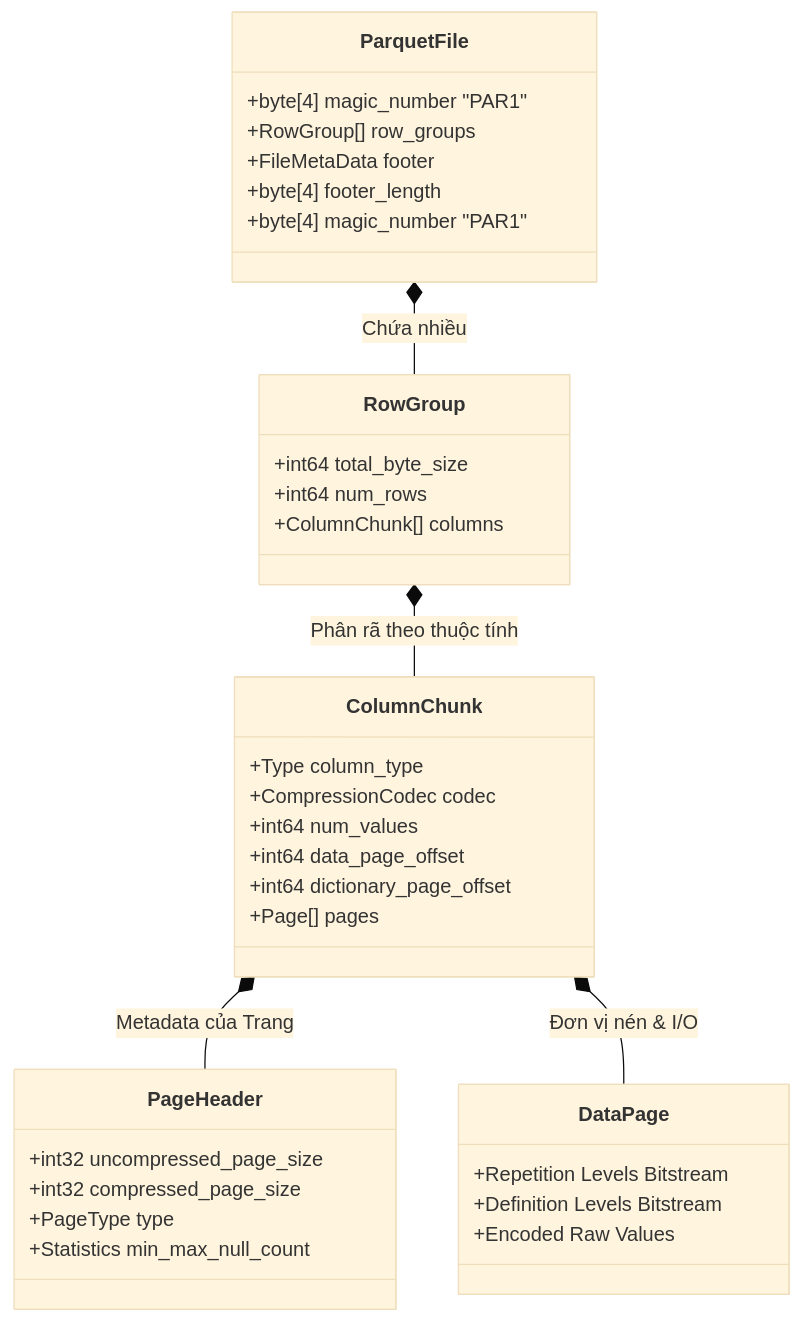
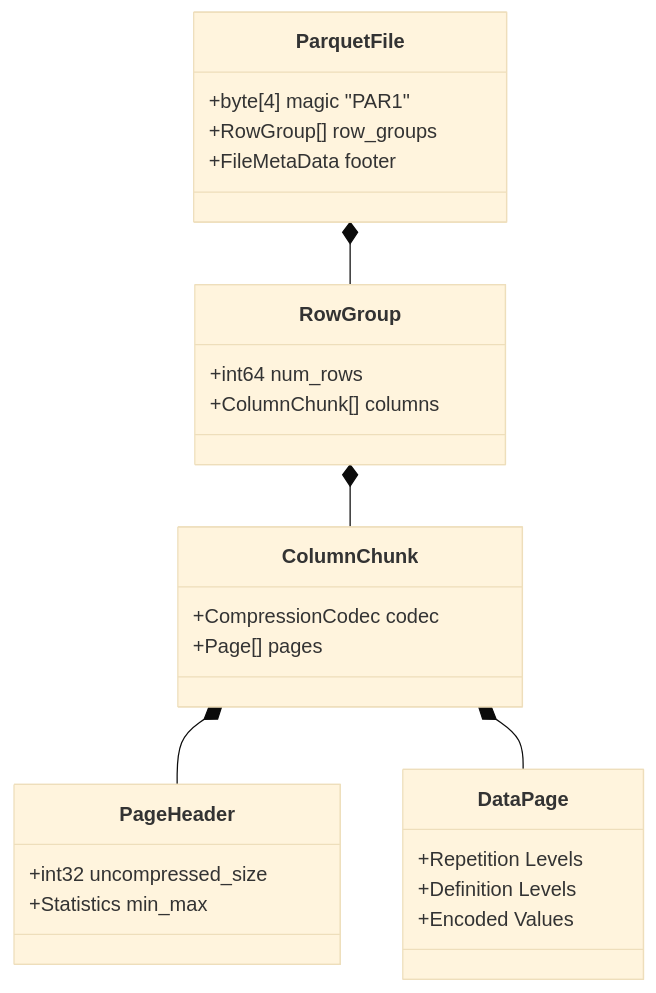
One commit to caubebinhan/landingpage changed the diagram in blogs/part-1/06-column-oriented-storage-parquet-clickhouse.md. Above: the diagram before and after it, drawn with Mermaid (base theme). The commit also changed other lines of this file and 6563 other files, not shown here.

````diff
--- a/blogs/part-1/06-column-oriented-storage-parquet-clickhouse.md
+++ b/blogs/part-1/06-column-oriented-storage-parquet-clickhouse.md
@@ -9,38 +91,29 @@
 ```mermaid
 classDiagram
     class ParquetFile {
-        +byte[4] magic_number "PAR1"
+        +byte[4] magic "PAR1"
         +RowGroup[] row_groups
         +FileMetaData footer
-        +byte[4] footer_length
-        +byte[4] magic_number "PAR1"
     }
     class RowGroup {
-        +int64 total_byte_size
         +int64 num_rows
         +ColumnChunk[] columns
     }
     class ColumnChunk {
-        +Type column_type
         +CompressionCodec codec
-        +int64 num_values
-        +int64 data_page_offset
-        +int64 dictionary_page_offset
         +Page[] pages
     }
     class PageHeader {
-        +int32 uncompressed_page_size
-        +int32 compressed_page_size
-        +PageType type
-        +Statistics min_max_null_count
+        +int32 uncompressed_size
+        +Statistics min_max
     }
     class DataPage {
-        +Repetition Levels Bitstream
-        +Definition Levels Bitstream
-        +Encoded Raw Values
+        +Repetition Levels
+        +Definition Levels
+        +Encoded Values
     }
-    ParquetFile *-- RowGroup : Chứa nhiều
-    RowGroup *-- ColumnChunk : Phân rã theo thuộc tính
-    ColumnChunk *-- PageHeader : Metadata của Trang
-    ColumnChunk *-- DataPage : Đơn vị nén & I/O
+    ParquetFile *-- RowGroup
+    RowGroup *-- ColumnChunk
+    ColumnChunk *-- PageHeader
+    ColumnChunk *-- DataPage
 ```
````
